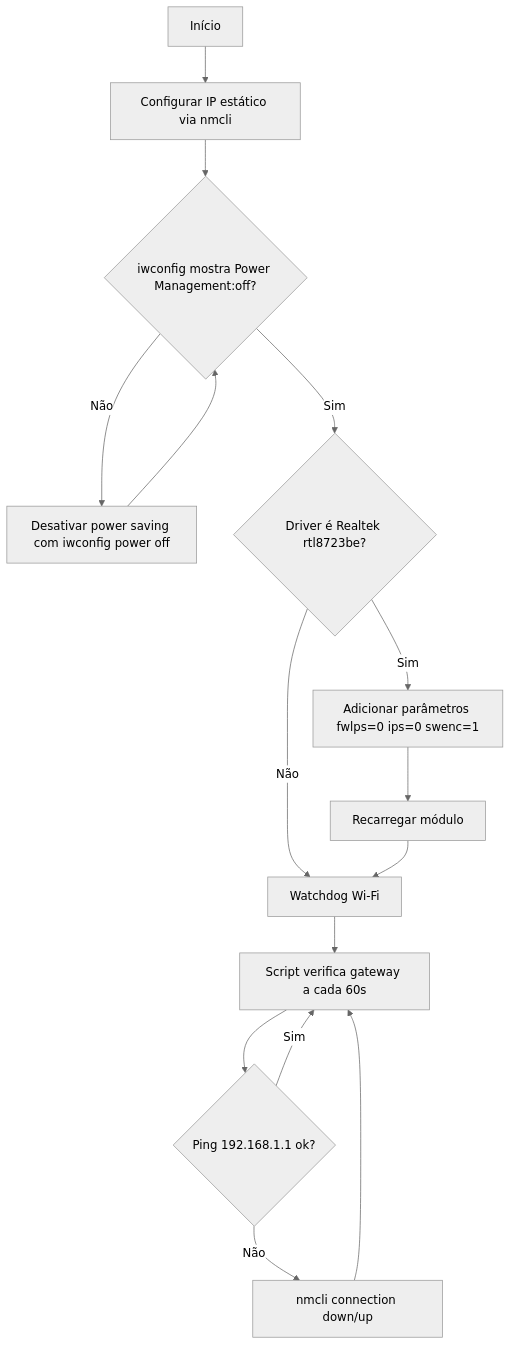
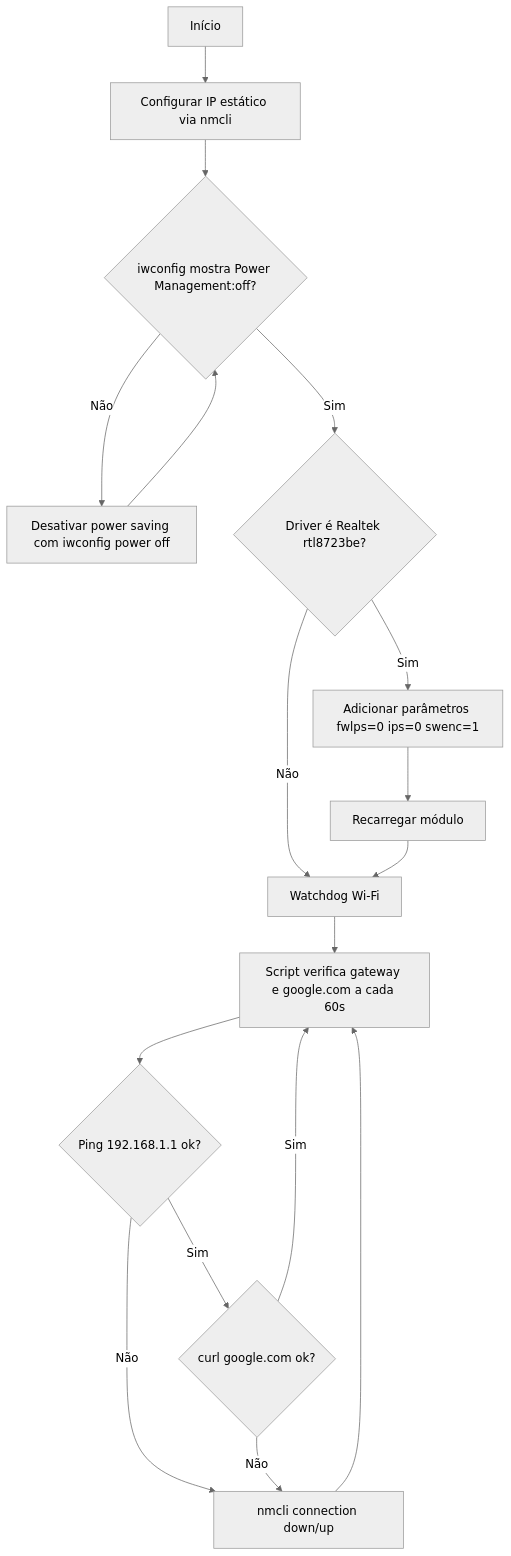
One commit to joao-calado/homelab changed the diagram in docs/05-watchdog-wifi.md. Above: the diagram before and after it, drawn with Mermaid (neutral theme). The commit also changed other lines of this file and 2 other files, not shown here.

````diff
--- a/docs/05-watchdog-wifi.md
+++ b/docs/05-watchdog-wifi.md
@@ -184,17 +191,19 @@
 ```mermaid
 flowchart TD
     A[Início] --> B[Configurar IP estático via nmcli]
     B --> C{"iwconfig mostra Power Management:off?"}
     C -->|Não| D[Desativar power saving com iwconfig power off]
     D --> C
     C -->|Sim| E{"Driver é Realtek rtl8723be?"}
     E -->|Sim| F[Adicionar parâmetros fwlps=0 ips=0 swenc=1]
     F --> G[Recarregar módulo]
     E -->|Não| H[Watchdog Wi-Fi]
     G --> H
-    H --> I[Script verifica gateway a cada 60s]
+    H --> I[Script verifica gateway e google.com a cada 60s]
     I --> J{"Ping 192.168.1.1 ok?"}
-    J -->|Sim| I
-    J -->|Não| K[nmcli connection down/up]
-    K --> I
+    J -->|Não| L[nmcli connection down/up]
+    J -->|Sim| K{"curl google.com ok?"}
+    K -->|Sim| I
+    K -->|Não| L
+    L --> I
 ```
````
